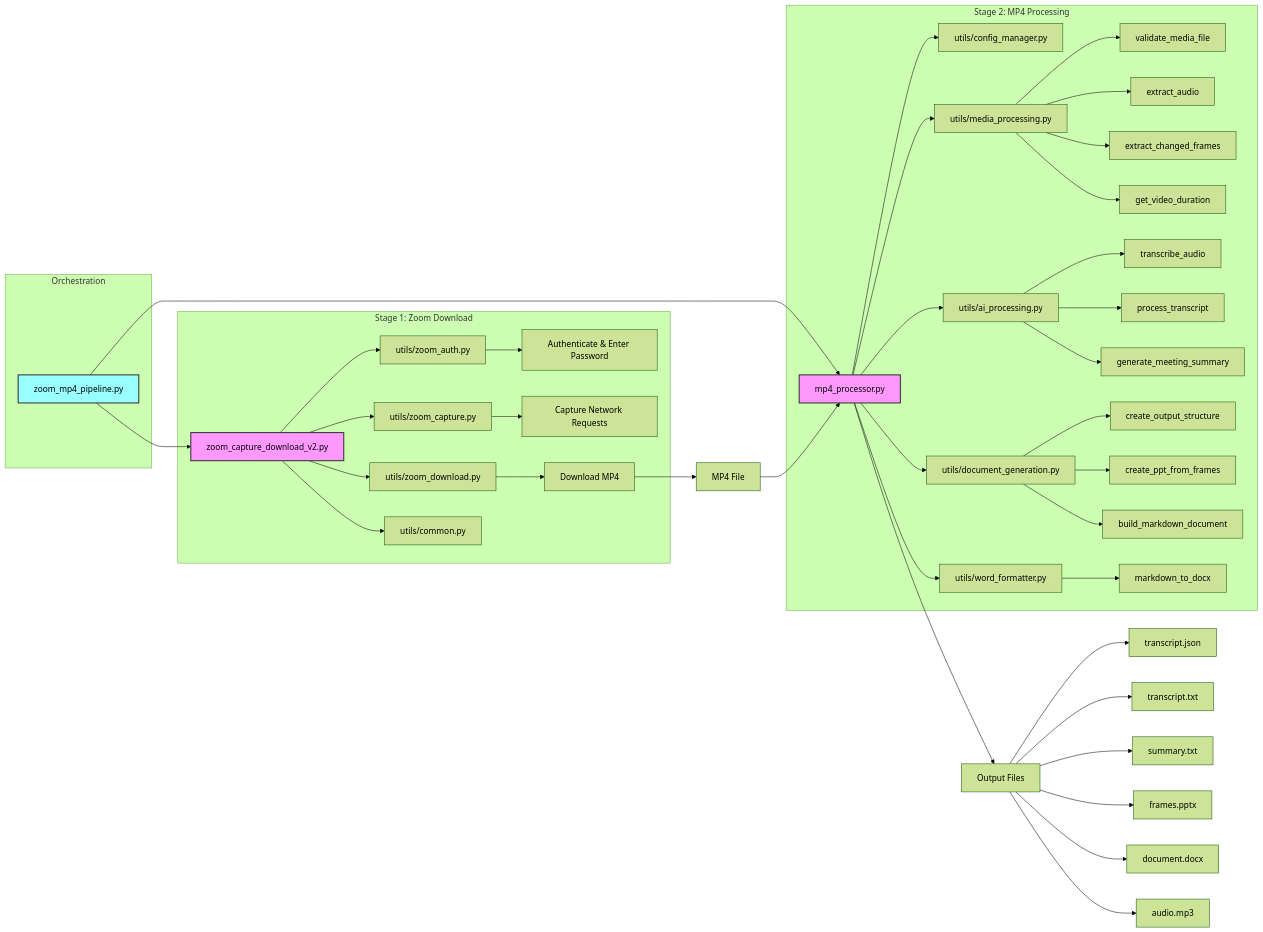
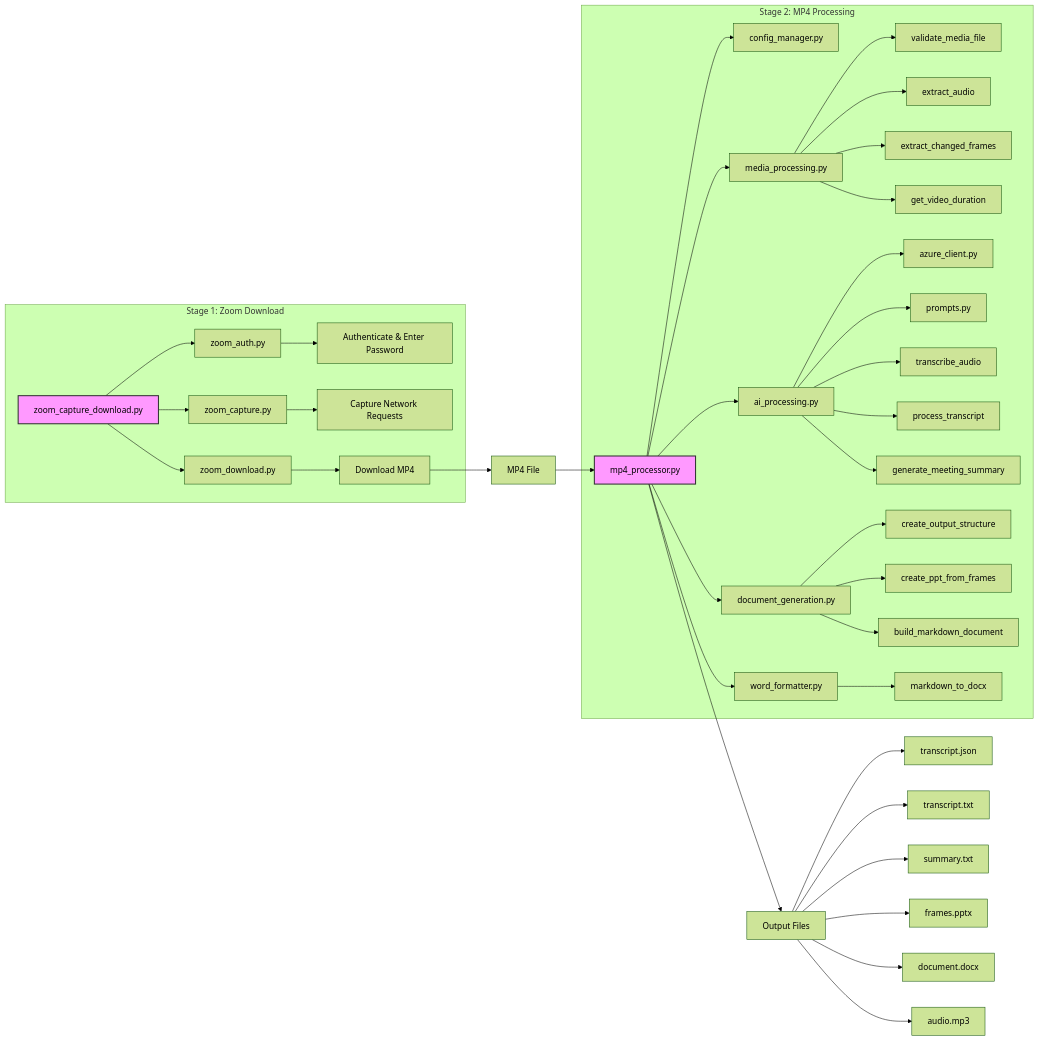
The diagram in src/README.md (drdedge/zoom-webcast-downloader), drawn with Mermaid (forest theme) before and after one commit. The commit also changed other lines of this file and 11 other files, not shown here.

Commit message:
Refactor AI processing utilities to integrate Azure LLM client and prompts; add batch processing and example scripts for Zoom recording automation

````diff
--- a/src/README.md
+++ b/src/README.md
@@ -44,56 +86,51 @@
 ```mermaid
 graph LR
     subgraph "Stage 1: Zoom Download"
-        A[zoom_capture_download_v2.py] --> B[utils/zoom_auth.py]
-        A --> C[utils/zoom_capture.py]
-        A --> D[utils/zoom_download.py]
-        A --> E[utils/common.py]
+        A[zoom_capture_download.py] --> B[zoom_auth.py]
+        A --> C[zoom_capture.py]
+        A --> D[zoom_download.py]
         B --> F[Authenticate & Enter Password]
         C --> G[Capture Network Requests]
         D --> H[Download MP4]
     end
     
     subgraph "Stage 2: MP4 Processing"
-        I[mp4_processor.py] --> J[utils/config_manager.py]
-        I --> K[utils/media_processing.py]
-        I --> L[utils/ai_processing.py]
-        I --> M[utils/document_generation.py]
-        I --> N[utils/word_formatter.py]
+        I[mp4_processor.py] --> J[config_manager.py]
+        I --> K[media_processing.py]
+        I --> L[ai_processing.py]
+        I --> M[document_generation.py]
+        I --> N[word_formatter.py]
+        
+        L --> L0[azure_client.py]
+        L --> L00[prompts.py]
         
         K --> K1[validate_media_file]
         K --> K2[extract_audio]
         K --> K3[extract_changed_frames]
         K --> K4[get_video_duration]
         
         L --> L1[transcribe_audio]
         L --> L2[process_transcript]
         L --> L3[generate_meeting_summary]
         
         M --> M1[create_output_structure]
         M --> M2[create_ppt_from_frames]
         M --> M3[build_markdown_document]
         
         N --> N1[markdown_to_docx]
     end
     
-    subgraph "Orchestration"
-        O[zoom_mp4_pipeline.py] --> A
-        O --> I
-    end
-    
     H --> P[MP4 File]
     P --> I
     
     I --> Q[Output Files]
     Q --> Q1[transcript.json]
     Q --> Q2[transcript.txt]
     Q --> Q3[summary.txt]
     Q --> Q4[frames.pptx]
     Q --> Q5[document.docx]
     Q --> Q6[audio.mp3]
     
     style A fill:#f9f,stroke:#333,stroke-width:2px
     style I fill:#f9f,stroke:#333,stroke-width:2px
-    style O fill:#9ff,stroke:#333,stroke-width:2px
-
 ```
````
